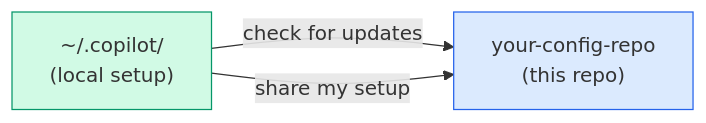
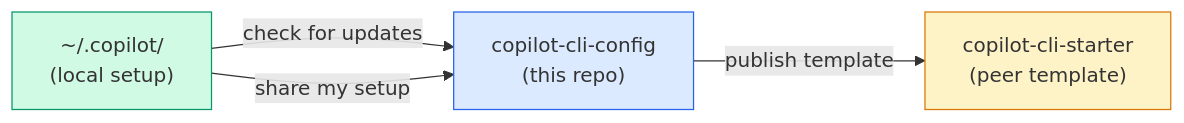
The second of 2 diagrams in README.md (jimbanach/copilot-cli-starter), drawn with Mermaid before and after one commit. The commit also changed other lines of this file and 24 other files, not shown here.

````diff
--- a/README.md
+++ b/README.md
@@ -281,11 +273,14 @@
 ```mermaid
 graph LR
     LOCAL["~/.copilot/\n(local setup)"]
-    REPO["your-config-repo\n(this repo)"]
+    REPO["copilot-cli-config\n(this repo)"]
+    TEMPLATE["copilot-cli-starter\n(peer template)"]
 
     LOCAL -- "check for updates" --> REPO
     LOCAL -- "share my setup" --> REPO
+    REPO -- "publish template" --> TEMPLATE
 
     style LOCAL fill:#d1fae5,stroke:#059669
     style REPO fill:#dbeafe,stroke:#2563eb
+    style TEMPLATE fill:#fef3c7,stroke:#d97706
 ```
````
